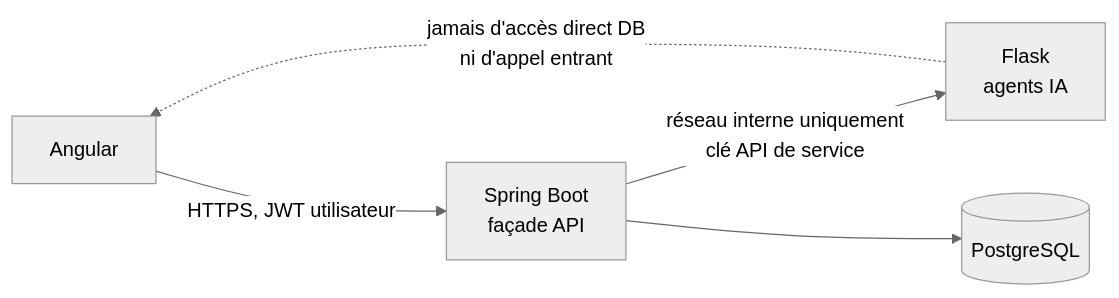
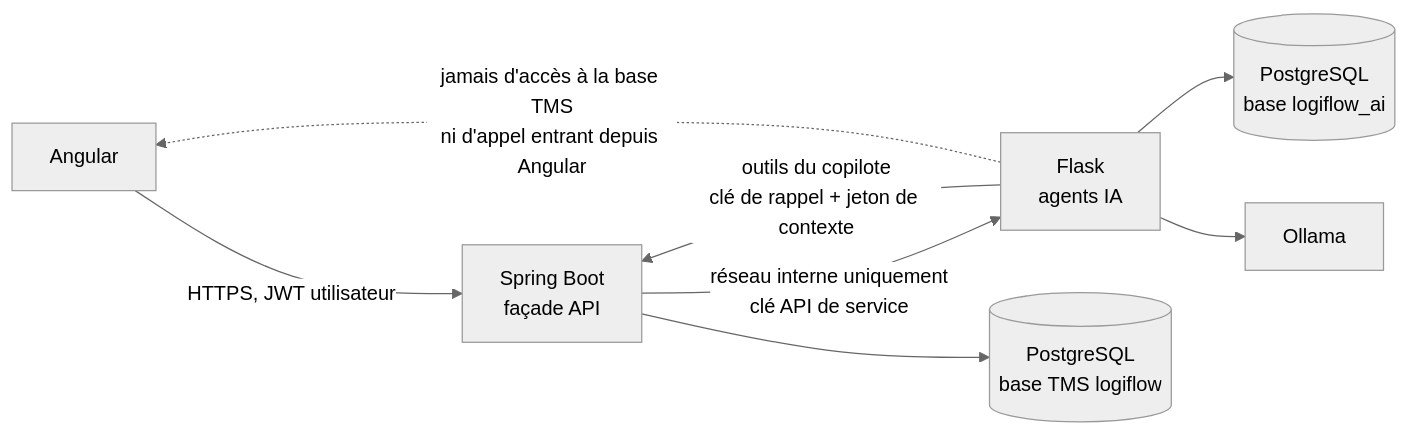
The diagram in docs/integration-ia.md (ibrahim-stitou/logiflow-backend), drawn with Mermaid (neutral theme) before and after one commit. The commit also changed other lines of this file and 3 other files, not shown here.

Commit message:
docs(copilote): ADR 0004, contrat du chatbot et des outils, bloc compose ai-service

````diff
--- a/docs/integration-ia.md
+++ b/docs/integration-ia.md
@@ -20,7 +20,10 @@
 ```mermaid
 graph LR
     NG[Angular] -->|HTTPS, JWT utilisateur| SB[Spring Boot<br/>façade API]
     SB -->|réseau interne uniquement<br/>clé API de service| FL[Flask<br/>agents IA]
-    SB --> PG[(PostgreSQL)]
-    FL -.->|jamais d'accès direct DB<br/>ni d'appel entrant| NG
+    FL -->|outils du copilote<br/>clé de rappel + jeton de contexte| SB
+    SB --> PG[(PostgreSQL<br/>base TMS logiflow)]
+    FL --> PGA[(PostgreSQL<br/>base logiflow_ai)]
+    FL --> OL[Ollama]
+    FL -.->|jamais d'accès à la base TMS<br/>ni d'appel entrant depuis Angular| NG
 ```
````
